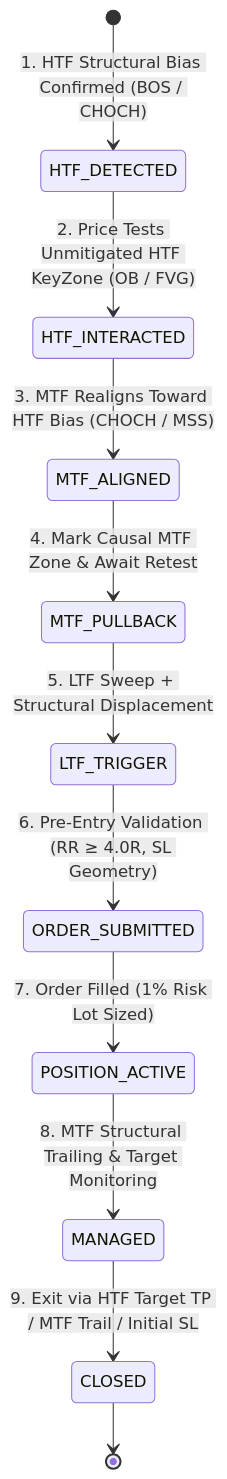
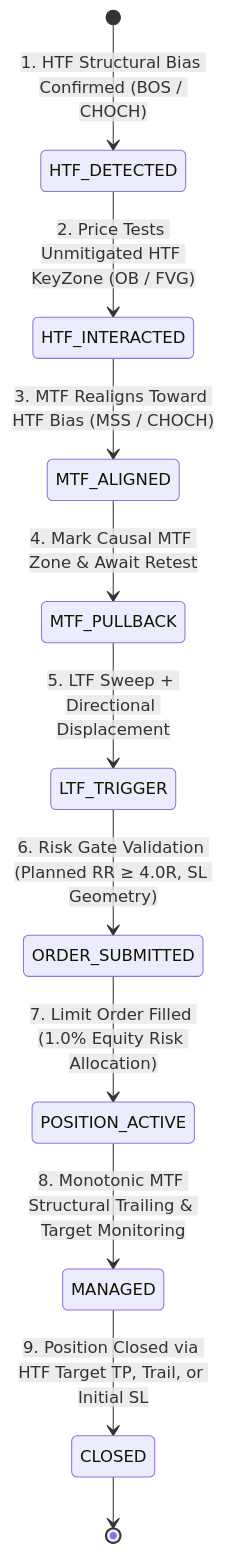
Before and after one commit to Quantitative-Systems/crypto-platform: the second of 4 diagrams in README.md, drawn with Mermaid. The commit also changed other lines of this file and 9 other files, not shown here.

````diff
--- a/README.md
+++ b/README.md
@@ -106,13 +104,13 @@
 ```mermaid
 stateDiagram-v2
     [*] --> HTF_DETECTED: 1. HTF Structural Bias Confirmed (BOS / CHOCH)
     HTF_DETECTED --> HTF_INTERACTED: 2. Price Tests Unmitigated HTF KeyZone (OB / FVG)
-    HTF_INTERACTED --> MTF_ALIGNED: 3. MTF Realigns Toward HTF Bias (CHOCH / MSS)
+    HTF_INTERACTED --> MTF_ALIGNED: 3. MTF Realigns Toward HTF Bias (MSS / CHOCH)
     MTF_ALIGNED --> MTF_PULLBACK: 4. Mark Causal MTF Zone & Await Retest
-    MTF_PULLBACK --> LTF_TRIGGER: 5. LTF Sweep + Structural Displacement
-    LTF_TRIGGER --> ORDER_SUBMITTED: 6. Pre-Entry Validation (RR ≥ 4.0R, SL Geometry)
-    ORDER_SUBMITTED --> POSITION_ACTIVE: 7. Order Filled (1% Risk Lot Sized)
-    POSITION_ACTIVE --> MANAGED: 8. MTF Structural Trailing & Target Monitoring
-    MANAGED --> CLOSED: 9. Exit via HTF Target TP / MTF Trail / Initial SL
+    MTF_PULLBACK --> LTF_TRIGGER: 5. LTF Sweep + Directional Displacement
+    LTF_TRIGGER --> ORDER_SUBMITTED: 6. Risk Gate Validation (Planned RR ≥ 4.0R, SL Geometry)
+    ORDER_SUBMITTED --> POSITION_ACTIVE: 7. Limit Order Filled (1.0% Equity Risk Allocation)
+    POSITION_ACTIVE --> MANAGED: 8. Monotonic MTF Structural Trailing & Target Monitoring
+    MANAGED --> CLOSED: 9. Position Closed via HTF Target TP, Trail, or Initial SL
     CLOSED --> [*]
 ```
````
